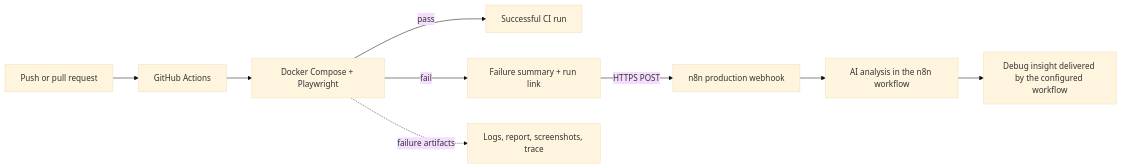
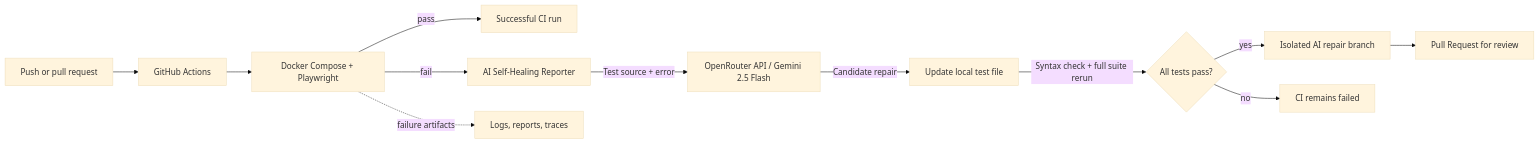
One commit to DuishonAbdykerimov/playwright-infra-e2e changed the diagram in README.md. Above: the diagram before and after it, drawn with Mermaid (base theme). The commit also changed other lines of this file, not shown here.

First line of the commit message:
docs: document CI AI self-healing pipeline

````diff
--- a/README.md
+++ b/README.md
@@ -65,11 +65,14 @@
 ```mermaid
 flowchart LR
     Dev[Push or pull request] --> Actions[GitHub Actions]
     Actions --> Tests[Docker Compose + Playwright]
     Tests -->|pass| Green[Successful CI run]
-    Tests -->|fail| Summary[Failure summary + run link]
-    Summary -->|HTTPS POST| Webhook[n8n production webhook]
-    Webhook --> AI[AI analysis in the n8n workflow]
-    AI --> Result[Debug insight delivered by the configured workflow]
-    Tests -.->|failure artifacts| Artifacts[Logs, report, screenshots, trace]
+    Tests -->|fail| Reporter[AI Self-Healing Reporter]
+    Reporter -->|Test source + error| LLM[OpenRouter API / Gemini 2.5 Flash]
+    LLM -->|Candidate repair| Fix[Update local test file]
+    Fix -->|Syntax check + full suite rerun| Validate{All tests pass?}
+    Validate -->|yes| Branch[Isolated AI repair branch]
+    Branch --> PR[Pull Request for review]
+    Validate -->|no| Failed[CI remains failed]
+    Tests -.->|failure artifacts| Artifacts[Logs, reports, traces]
 ```
````
